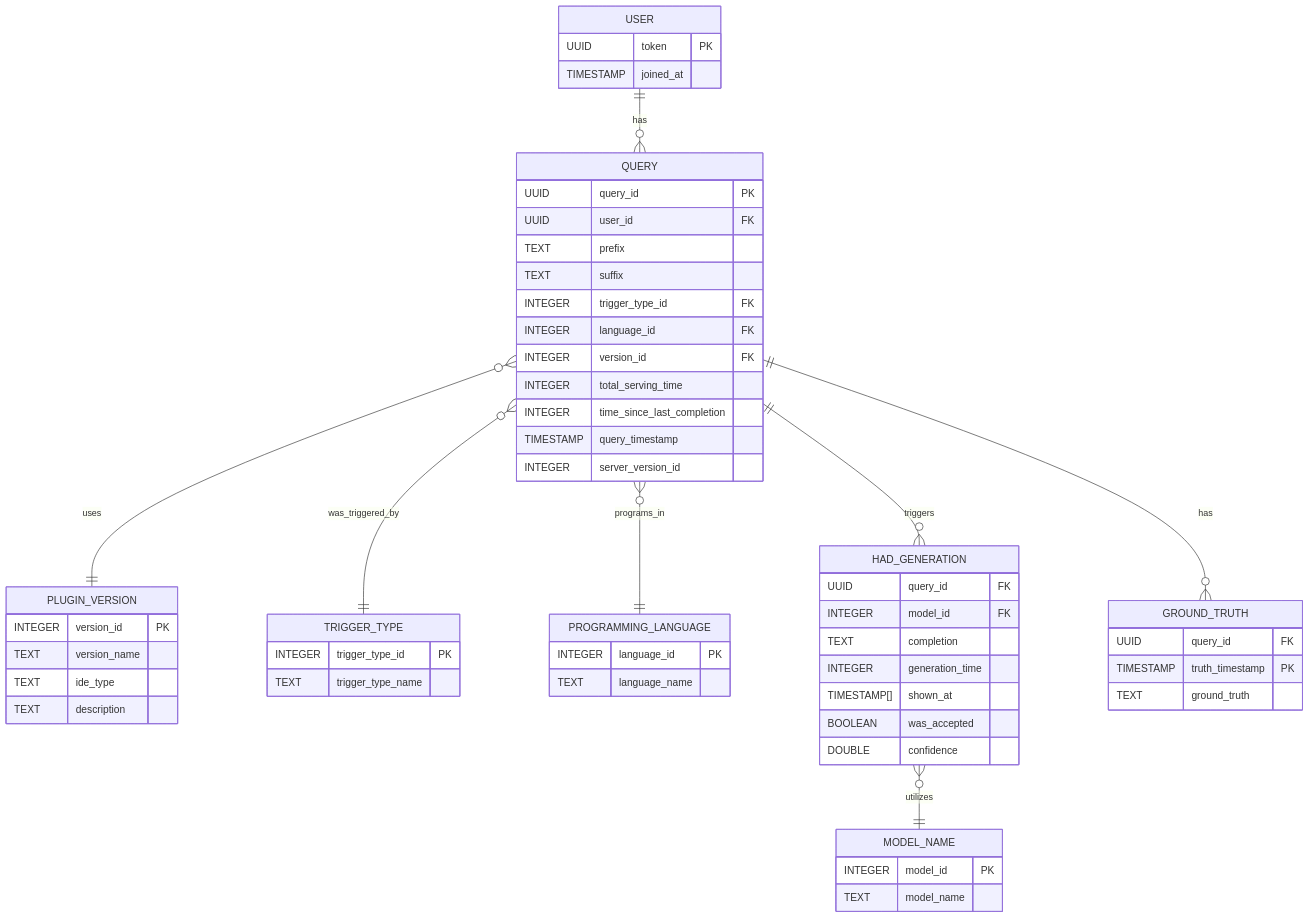
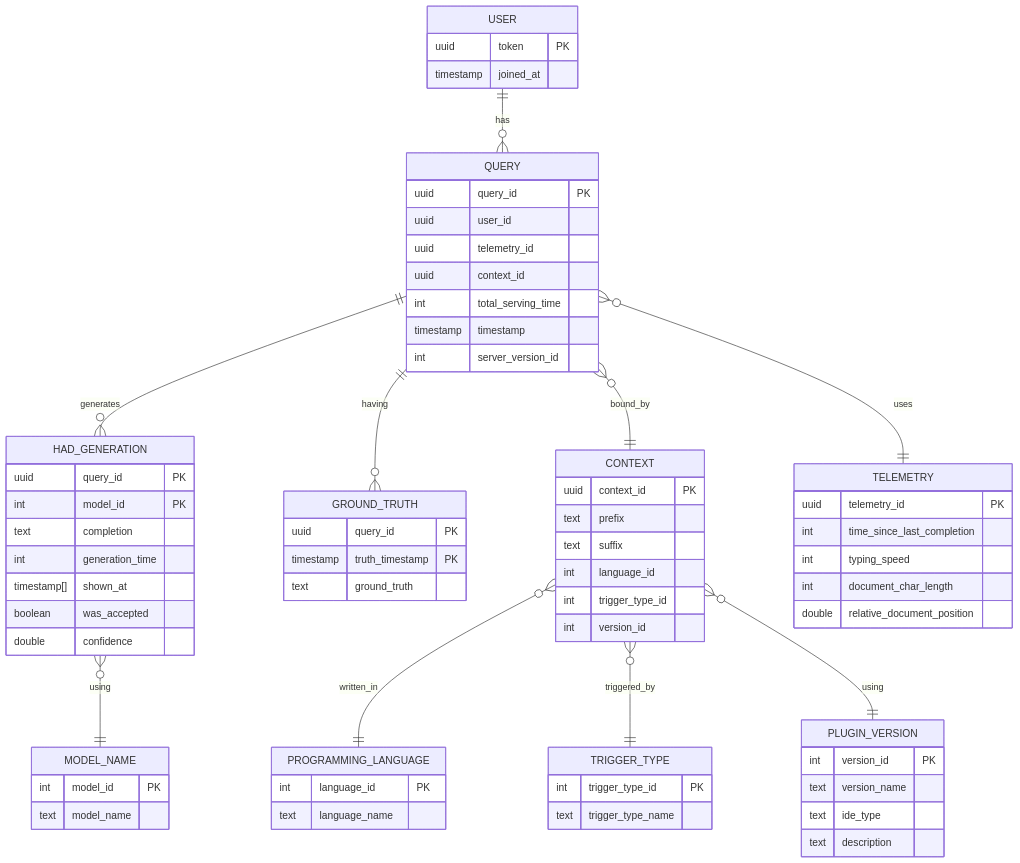
Before and after one commit to AISE-TUDelft/coco: the diagram in server/database/readme.md, drawn with Mermaid. The commit also changed other lines of this file and 4 other files, not shown here.

````diff
--- a/server/database/readme.md
+++ b/server/database/readme.md
@@ -5,68 +5,84 @@
 ```mermaid
 erDiagram
     USER {
-        UUID token PK
-        TIMESTAMP joined_at
+        uuid token PK
+        timestamp joined_at
     }
+    
+    QUERY {
+        uuid query_id PK
+        uuid user_id
+        uuid telemetry_id
+        uuid context_id
+        int total_serving_time
+        timestamp timestamp
+        int server_version_id
+    }
+    
+    MODEL_NAME {
+        int model_id PK
+        text model_name
+    }
+    
+    PLUGIN_VERSION {
+        int version_id PK
+        text version_name
+        text ide_type
+        text description
+    }
+    
+    TRIGGER_TYPE {
+        int trigger_type_id PK
+        text trigger_type_name
+    }
+    
+    PROGRAMMING_LANGUAGE {
+        int language_id PK
+        text language_name
+    }
+    
+    HAD_GENERATION {
+        uuid query_id PK
+        int model_id PK
+        text completion
+        int generation_time
+        timestamp[] shown_at
+        boolean was_accepted
+        double confidence
+    }
+    
+    GROUND_TRUTH {
+        uuid query_id PK
+        timestamp truth_timestamp PK
+        text ground_truth
+    }
+    
+    CONTEXT {
+        uuid context_id PK
+        text prefix
+        text suffix
+        int language_id
+        int trigger_type_id
+        int version_id
+    }
+    
+    TELEMETRY {
+        uuid telemetry_id PK
+        int time_since_last_completion
+        int typing_speed
+        int document_char_length
+        double relative_document_position
+    }
+    
+    USER ||--o{ QUERY : has
+    QUERY ||--o{ HAD_GENERATION : generates
+    QUERY ||--o{ GROUND_TRUTH : having
+    QUERY }o--|| TELEMETRY : uses
+    QUERY }o--|| CONTEXT : bound_by
+    CONTEXT }o--|| PROGRAMMING_LANGUAGE : written_in
+    CONTEXT }o--|| TRIGGER_TYPE : triggered_by
+    CONTEXT }o--|| PLUGIN_VERSION : using
+    HAD_GENERATION }o--|| MODEL_NAME : using
 
-    QUERY {
-        UUID query_id PK
-        UUID user_id FK
-        TEXT prefix
-        TEXT suffix
-        INTEGER trigger_type_id FK
-        INTEGER language_id FK
-        INTEGER version_id FK
-        INTEGER total_serving_time
-        INTEGER time_since_last_completion
-        TIMESTAMP query_timestamp
-        INTEGER server_version_id
-    }
-
-    MODEL_NAME {
-        INTEGER model_id PK
-        TEXT model_name
-    }
-
-    PLUGIN_VERSION {
-        INTEGER version_id PK
-        TEXT version_name
-        TEXT ide_type
-        TEXT description
-    }
-
-    TRIGGER_TYPE {
-        INTEGER trigger_type_id PK
-        TEXT trigger_type_name
-    }
-
-    PROGRAMMING_LANGUAGE {
-        INTEGER language_id PK
-        TEXT language_name
-    }
-
-    HAD_GENERATION {
-        UUID query_id FK
-        INTEGER model_id FK
-        TEXT completion
-        INTEGER generation_time
-        TIMESTAMP[] shown_at
-        BOOLEAN was_accepted
-        DOUBLE confidence
-    }
-
-    GROUND_TRUTH {
-        UUID query_id FK
-        TIMESTAMP truth_timestamp PK
-        TEXT ground_truth
-    }
-
-    USER ||--o{ QUERY : has
-    QUERY ||--o{ HAD_GENERATION : triggers
-    QUERY ||--o{ GROUND_TRUTH : has
-    QUERY }o--|| PLUGIN_VERSION : uses
-    QUERY }o--|| TRIGGER_TYPE : was_triggered_by
-    QUERY }o--|| PROGRAMMING_LANGUAGE : programs_in
-    HAD_GENERATION }o--|| MODEL_NAME : utilizes
 
 ```
````
